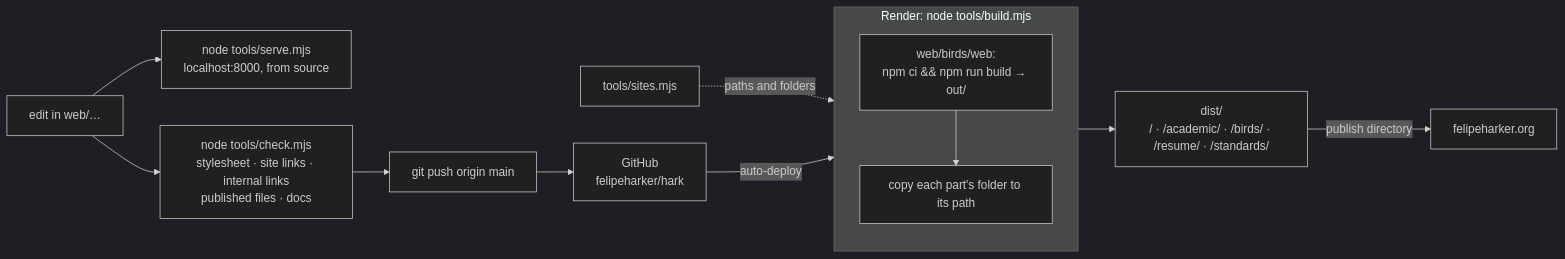
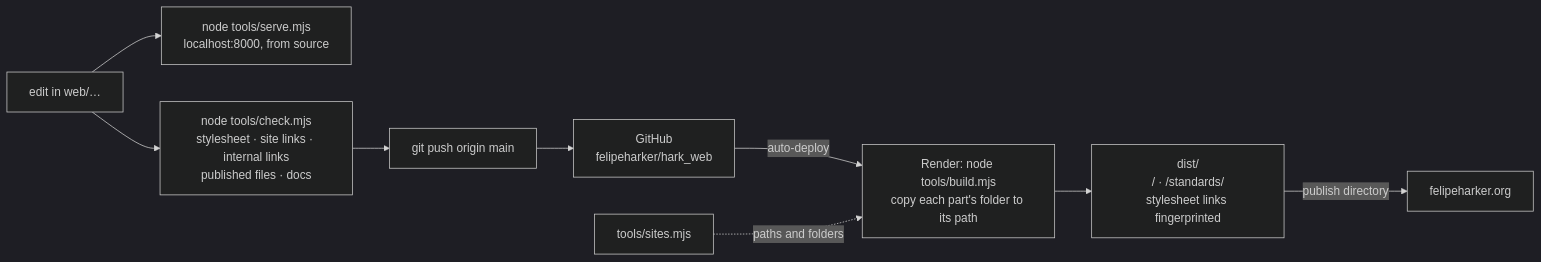
One commit to felipeharker/hark changed the fourth of 6 diagrams in ARCHITECTURE.md. Above: the diagram before and after it, drawn with Mermaid (dark theme). The commit also changed other lines of this file and 111 other files, not shown here.

First line of the commit message:
hark_web: the portfolio and the standard; academic, birding and resume move out

````diff
--- a/ARCHITECTURE.md
+++ b/ARCHITECTURE.md
@@ -133,19 +126,11 @@
 ```mermaid
 flowchart LR
   dev["edit in web/…"] --> serve["node tools/serve.mjs<br/>localhost:8000, from source"]
   dev --> check["node tools/check.mjs<br/>stylesheet · site links · internal links<br/>published files · docs"]
   check --> push["git push origin main"]
-  push --> gh["GitHub<br/>felipeharker/hark"]
-  gh -- "auto-deploy" --> build
-
-  subgraph build["Render: node tools/build.mjs"]
-    direction TB
-    nb["web/birds/web:<br/>npm ci && npm run build → out/"]
-    copy["copy each part's folder to its path"]
-    nb --> copy
-  end
-
-  sites["tools/sites.mjs"] -. "paths and folders" .-> copy
-  copy --> dist["dist/<br/>/ · /academic/ · /birds/ · /resume/ · /standards/"]
+  push --> gh["GitHub<br/>felipeharker/hark_web"]
+  gh -- "auto-deploy" --> build["Render: node tools/build.mjs<br/>copy each part's folder to its path"]
+  sites["tools/sites.mjs"] -. "paths and folders" .-> build
+  build --> dist["dist/<br/>/ · /standards/<br/>stylesheet links fingerprinted"]
   dist -- "publish directory" --> live["felipeharker.org"]
 ```
````
